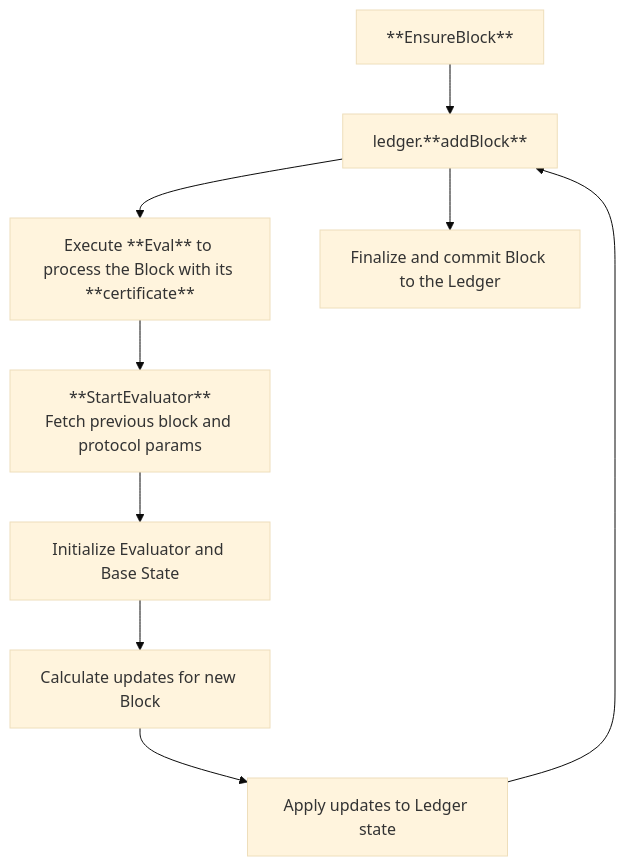
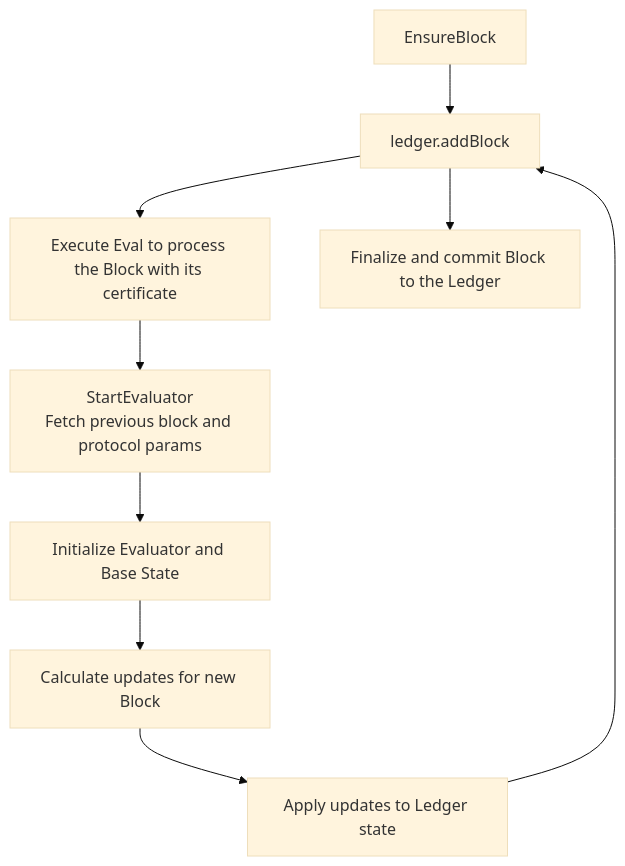
The second of 2 diagrams in src/ledger/non-normative/ledger-nn-block-commitment.md (cce/specs), drawn with Mermaid (base theme) before and after one commit. The commit also changed 1 other file, not shown here.

````diff
--- a/src/ledger/non-normative/ledger-nn-block-commitment.md
+++ b/src/ledger/non-normative/ledger-nn-block-commitment.md
@@ -53,11 +53,11 @@
 ```mermaid
 flowchart TD
-    A[**EnsureBlock**] --> C[ledger.**addBlock**]
-    C --> D[Execute **Eval** to process the Block with its **certificate**]
-    D --> E[**StartEvaluator**<br>Fetch previous block and protocol params]
+    A[EnsureBlock] --> C[ledger.addBlock]
+    C --> D[Execute Eval to process the Block with its certificate]
+    D --> E[StartEvaluator<br>Fetch previous block and protocol params]
     E --> G[Initialize Evaluator and Base State]
     G --> H[Calculate updates for new Block]
     H --> I[Apply updates to Ledger state]
     I --> C
     C --> J[Finalize and commit Block to the Ledger]
 ```
````
